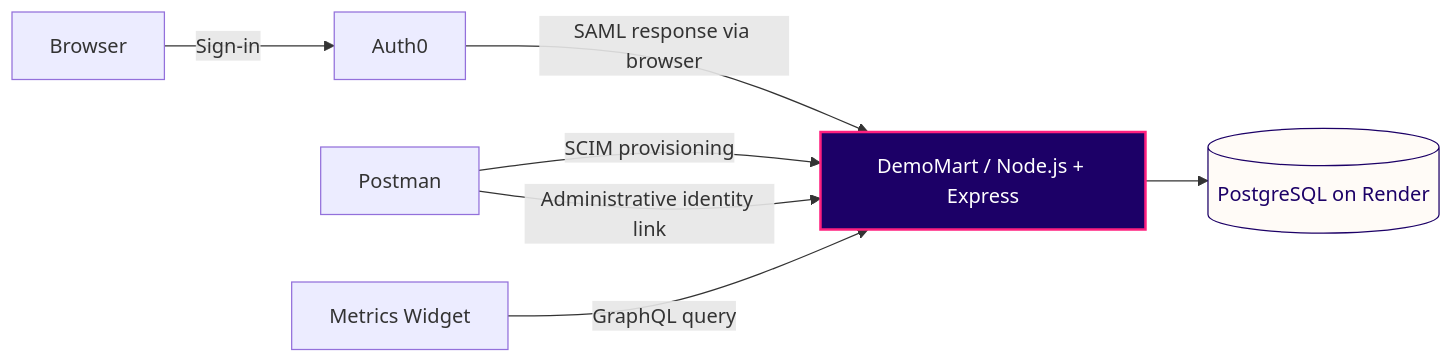
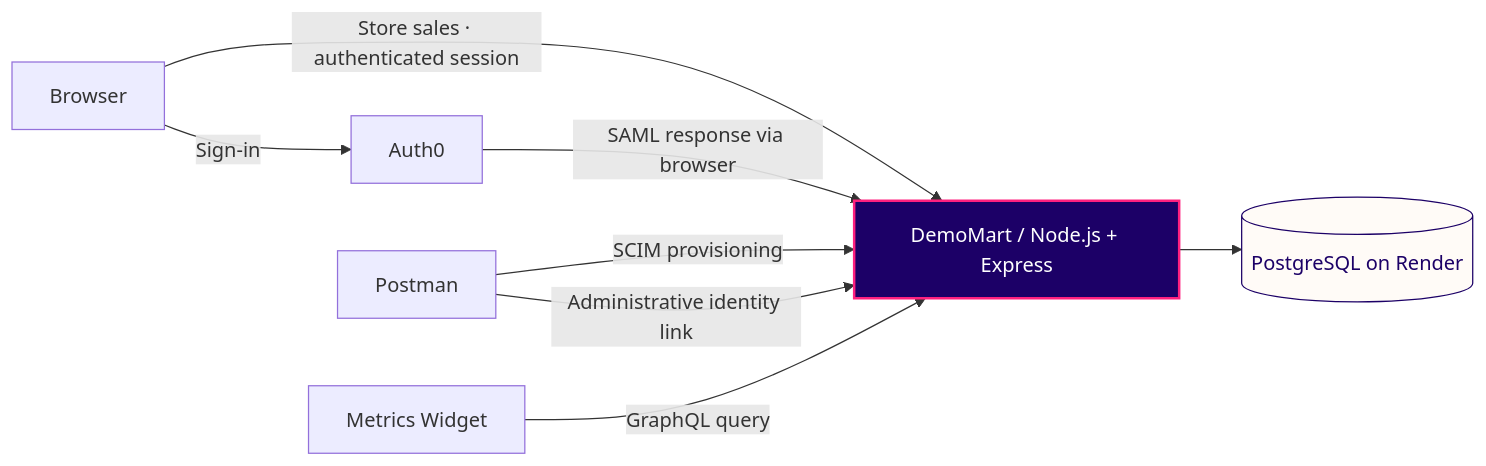
One commit to heitorrgarcia07/storeops-identity-lab changed the diagram in README.md. Above: the diagram before and after it, drawn with Mermaid. The commit also changed other lines of this file and 14 other files, not shown here.

Commit message:
Add store sales page and API

````diff
--- a/README.md
+++ b/README.md
@@ -35,12 +36,13 @@
 ```mermaid
 flowchart LR
     B[Browser] -->|Sign-in| A[Auth0]
+    B -->|Store sales · authenticated session| S
     A -->|SAML response via browser| S[DemoMart / Node.js + Express]
     P[Postman] -->|SCIM provisioning| S
     P -->|Administrative identity link| S
     W[Metrics Widget] -->|GraphQL query| S
     S --> D[(PostgreSQL on Render)]
 
     style S fill:#1c0067,color:#ffffff,stroke:#ff207f,stroke-width:2px
     style D fill:#fffbf7,color:#1c0067,stroke:#1c0067
 ```
````
